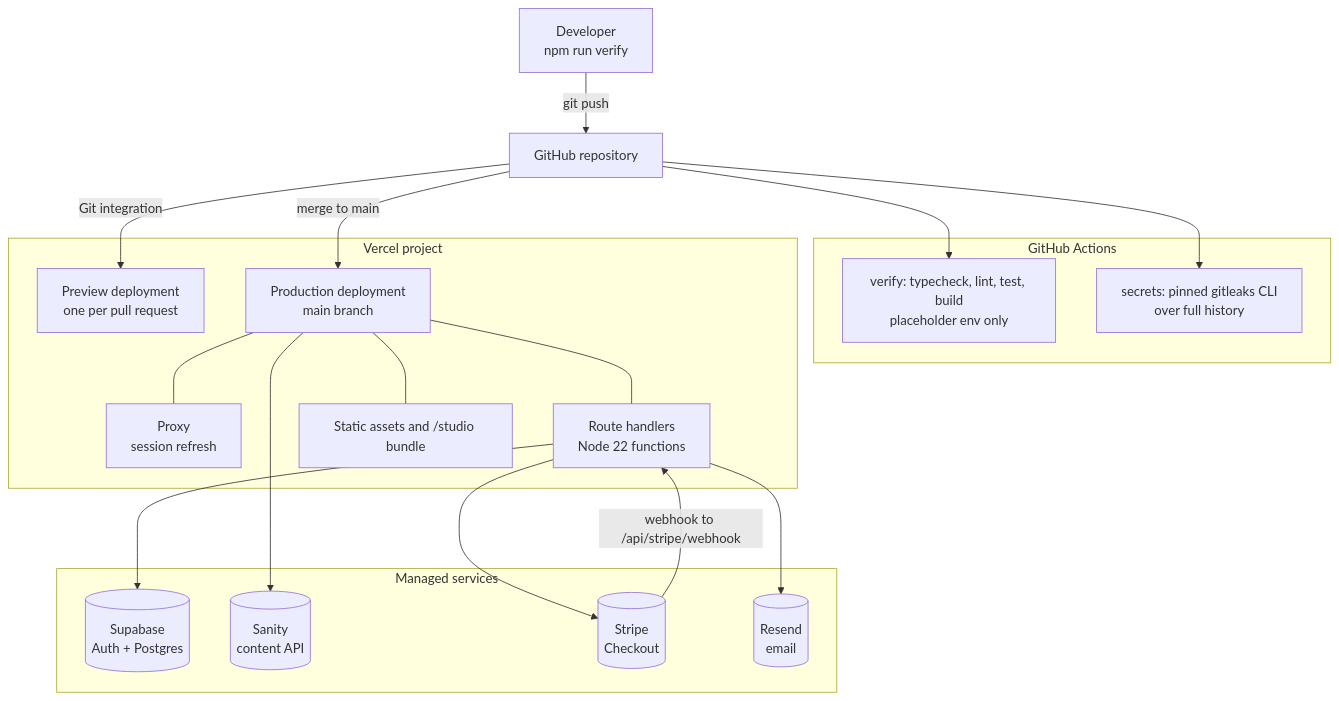
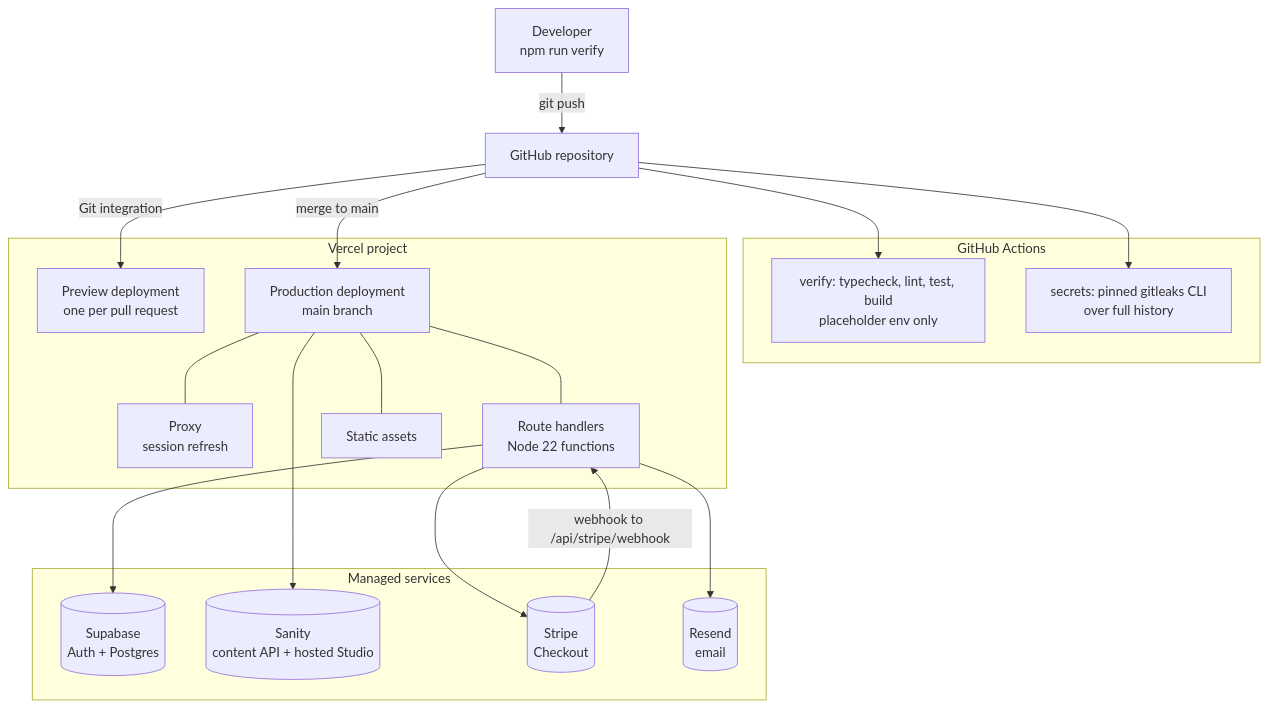
The diagram in docs/arc42/07-deployment-view.md (arqui-dev/sweai-base-apps), drawn with Mermaid before and after one commit. The commit also changed other lines of this file and 27 other files, not shown here.

First line of the commit message:
refactor: host the Sanity Studio instead of embedding it

````diff
--- a/docs/arc42/07-deployment-view.md
+++ b/docs/arc42/07-deployment-view.md
@@ -3,39 +3,39 @@
 ```mermaid
 flowchart TB
   dev["Developer<br/>npm run verify"] -->|git push| gh[GitHub repository]
 
   subgraph CI["GitHub Actions"]
     v["verify: typecheck, lint, test, build<br/>placeholder env only"]
     s["secrets: pinned gitleaks CLI<br/>over full history"]
   end
 
   gh --> v
   gh --> s
 
   subgraph VC["Vercel project"]
     prev["Preview deployment<br/>one per pull request"]
     prod["Production deployment<br/>main branch"]
     edge["Proxy<br/>session refresh"]
     fn["Route handlers<br/>Node 22 functions"]
-    stat["Static assets and /studio bundle"]
+    stat["Static assets"]
   end
 
   gh -->|Git integration| prev
   gh -->|merge to main| prod
   prod --- edge
   prod --- fn
   prod --- stat
 
   subgraph EXT["Managed services"]
     sb[("Supabase<br/>Auth + Postgres")]
-    san[("Sanity<br/>content API")]
+    san[("Sanity<br/>content API + hosted Studio")]
     st[("Stripe<br/>Checkout")]
     rs[("Resend<br/>email")]
   end
 
   fn --> sb
   fn --> st
   fn --> rs
   prod --> san
   st -->|webhook to /api/stripe/webhook| fn
 ```
````
